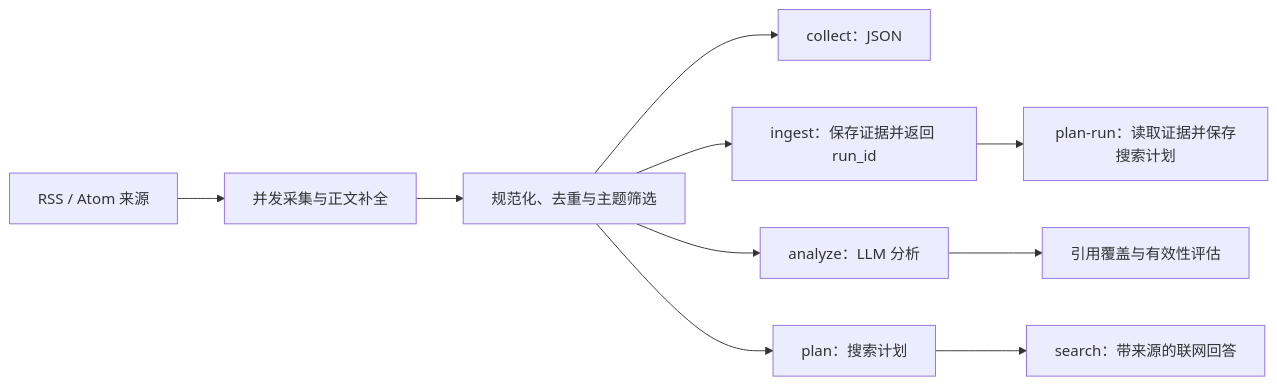
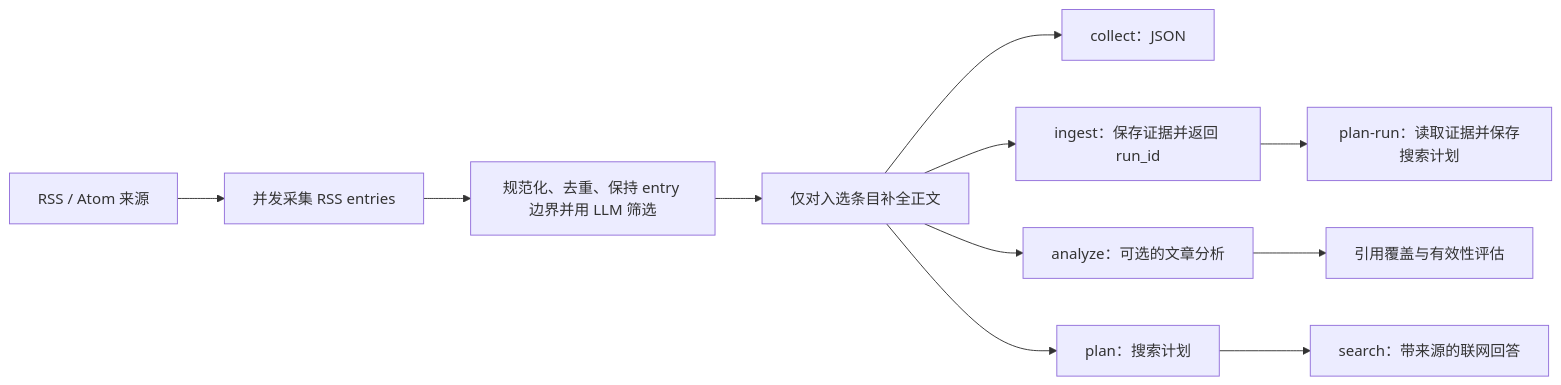
The diagram in README.md (Ita-Hloks/InformationAgent), drawn with Mermaid before and after one commit. The commit also changed other lines of this file and 41 other files, not shown here.

````diff
--- a/README.md
+++ b/README.md
@@ -64,12 +64,13 @@
 ```mermaid
 flowchart LR
-    A["RSS / Atom 来源"] --> B["并发采集与正文补全"]
-    B --> C["规范化、去重与主题筛选"]
-    C --> D["collect：JSON"]
-    C --> E["ingest：保存证据并返回 run_id"]
+    A["RSS / Atom 来源"] --> B["并发采集 RSS entries"]
+    B --> C["规范化、去重、保持 entry 边界并用 LLM 筛选"]
+    C --> D0["仅对入选条目补全正文"]
+    D0 --> D["collect：JSON"]
+    D0 --> E["ingest：保存证据并返回 run_id"]
     E --> J["plan-run：读取证据并保存搜索计划"]
-    C --> F["analyze：LLM 分析"]
+    D0 --> F["analyze：可选的文章分析"]
     F --> G["引用覆盖与有效性评估"]
-    C --> H["plan：搜索计划"]
+    D0 --> H["plan：搜索计划"]
     H --> I["search：带来源的联网回答"]
 ```
````
